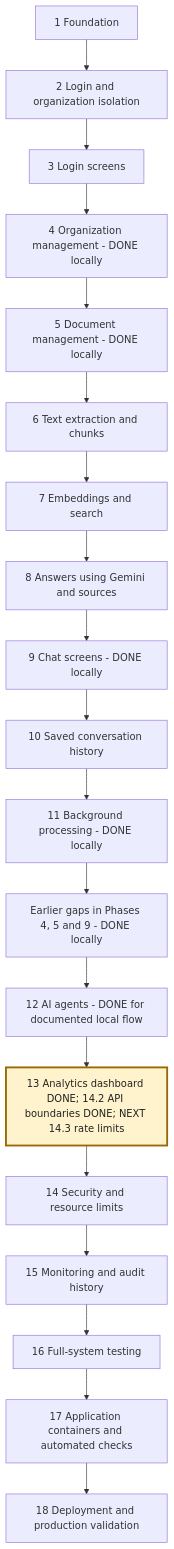
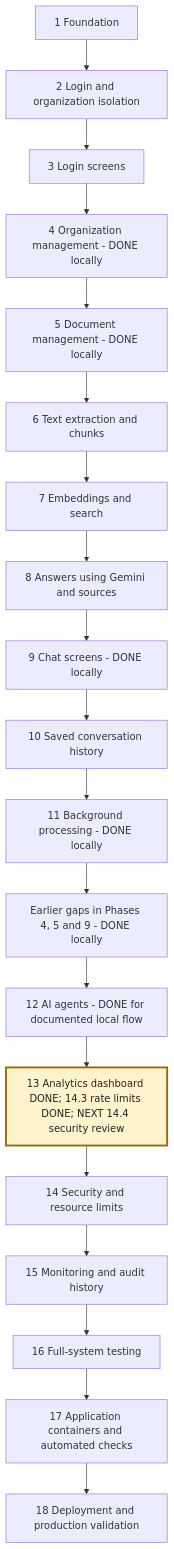
Before and after one commit to msdian0007/nexaAi: the second of 6 diagrams in NEXAAI_ROADMAP.md, drawn with Mermaid. The commit also changed other lines of this file and 16 other files, not shown here.

Commit message:
rate limits and usage budgets

````diff
--- a/NEXAAI_ROADMAP.md
+++ b/NEXAAI_ROADMAP.md
@@ -193,22 +195,22 @@
 ```mermaid
 flowchart TD
     A[1 Foundation] --> B[2 Login and organization isolation]
     B --> C[3 Login screens]
     C --> D[4 Organization management - DONE locally]
     D --> E[5 Document management - DONE locally]
     E --> F[6 Text extraction and chunks]
     F --> G[7 Embeddings and search]
     G --> H[8 Answers using Gemini and sources]
     H --> I[9 Chat screens - DONE locally]
     I --> J[10 Saved conversation history]
     J --> K[11 Background processing - DONE locally]
     K --> L[Earlier gaps in Phases 4, 5 and 9 - DONE locally]
     L --> M[12 AI agents - DONE for documented local flow]
-    M --> N[13 Analytics dashboard DONE; 14.2 API boundaries DONE; NEXT 14.3 rate limits]
+    M --> N[13 Analytics dashboard DONE; 14.3 rate limits DONE; NEXT 14.4 security review]
     N --> O[14 Security and resource limits]
     O --> P[15 Monitoring and audit history]
     P --> Q[16 Full-system testing]
     Q --> R[17 Application containers and automated checks]
     R --> S[18 Deployment and production validation]
     style N fill:#fff3cd,stroke:#9a6700,stroke-width:3px,color:#222
 ```
````
